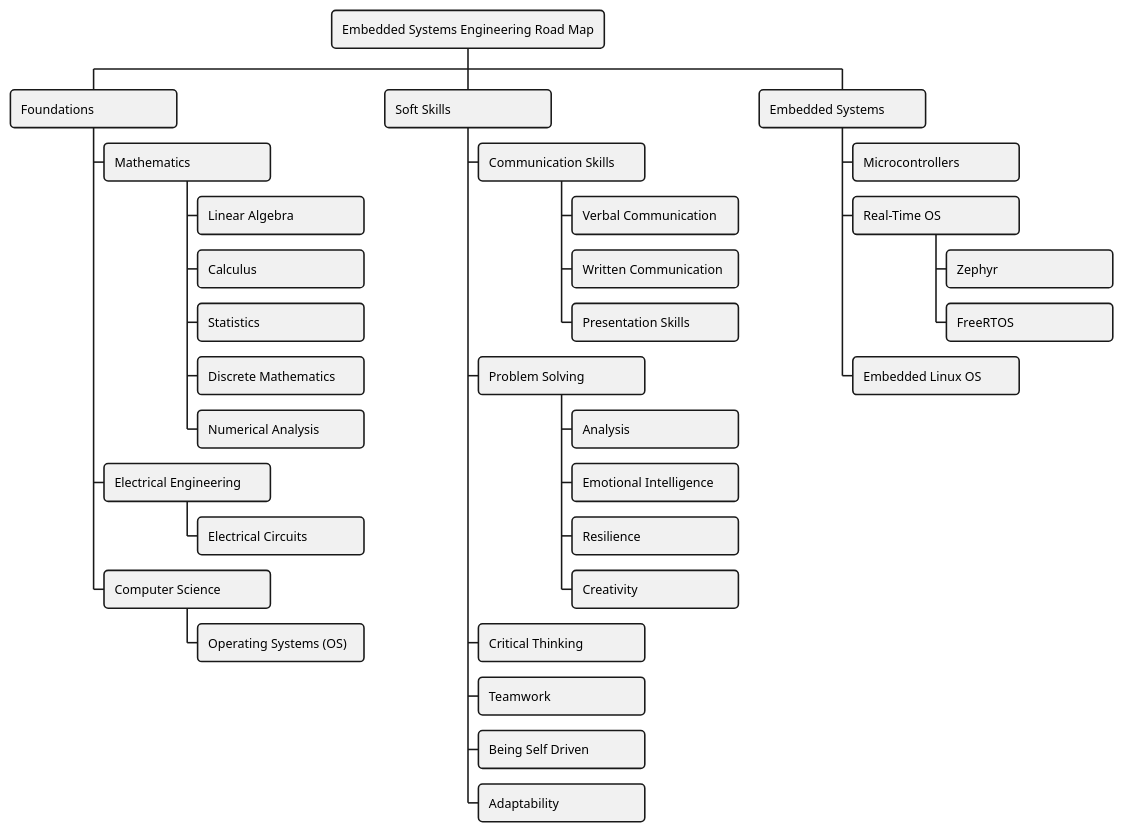
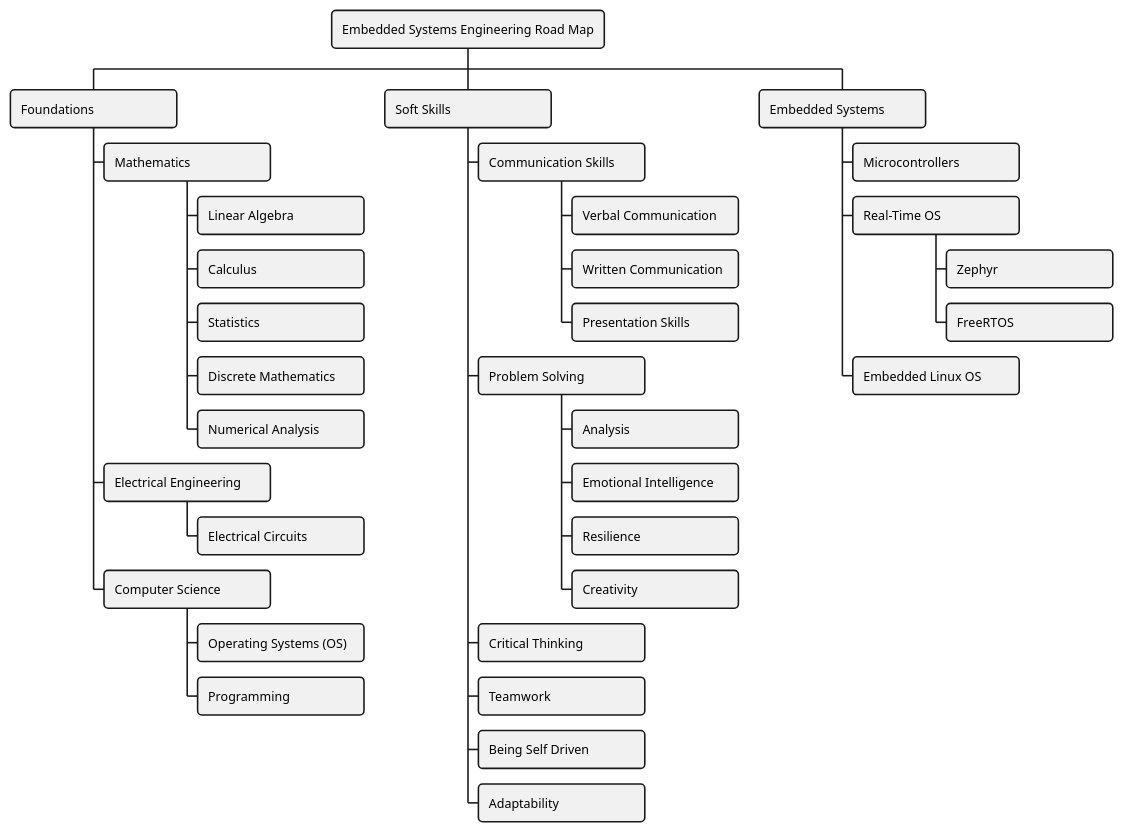
Before and after one commit to HenrikSamuelsson/embedded-systems-engineering-road-map: the diagram in resources/road-map.puml, drawn with PlantUML.

Commit message:
Add programming as computer science sub skill.

```diff
--- a/resources/road-map.puml
+++ b/resources/road-map.puml
@@ -1,41 +1,42 @@
 @startwbs
 <style>
 node {
     MinimumWidth 160
     MaximumWidth 1600
     RoundCorner 8
 }
 </style>
 + Embedded Systems Engineering Road Map
  + Foundations
   + Mathematics
    + Linear Algebra
    + Calculus
    + Statistics
    + Discrete Mathematics
    + Numerical Analysis
   + Electrical Engineering
    + Electrical Circuits
   + Computer Science
    + Operating Systems (OS)
+   + Programming
  + Soft Skills
   + Communication Skills
    + Verbal Communication
    + Written Communication
    + Presentation Skills
   + Problem Solving
    + Analysis
    + Emotional Intelligence
    + Resilience
    + Creativity
   + Critical Thinking
   + Teamwork
   + Being Self Driven
   + Adaptability
  + Embedded Systems
   + Microcontrollers
   + Real-Time OS
    + Zephyr
    + FreeRTOS
   + Embedded Linux OS
 @endwbs
```
